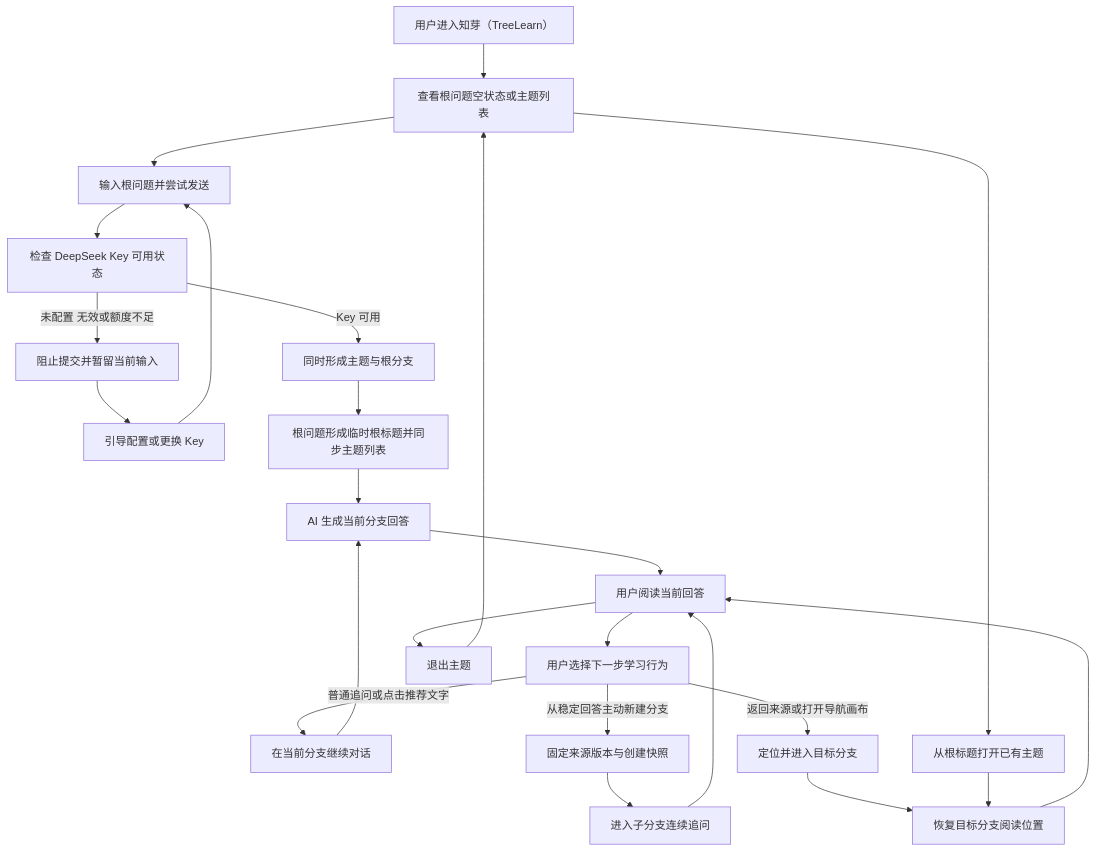
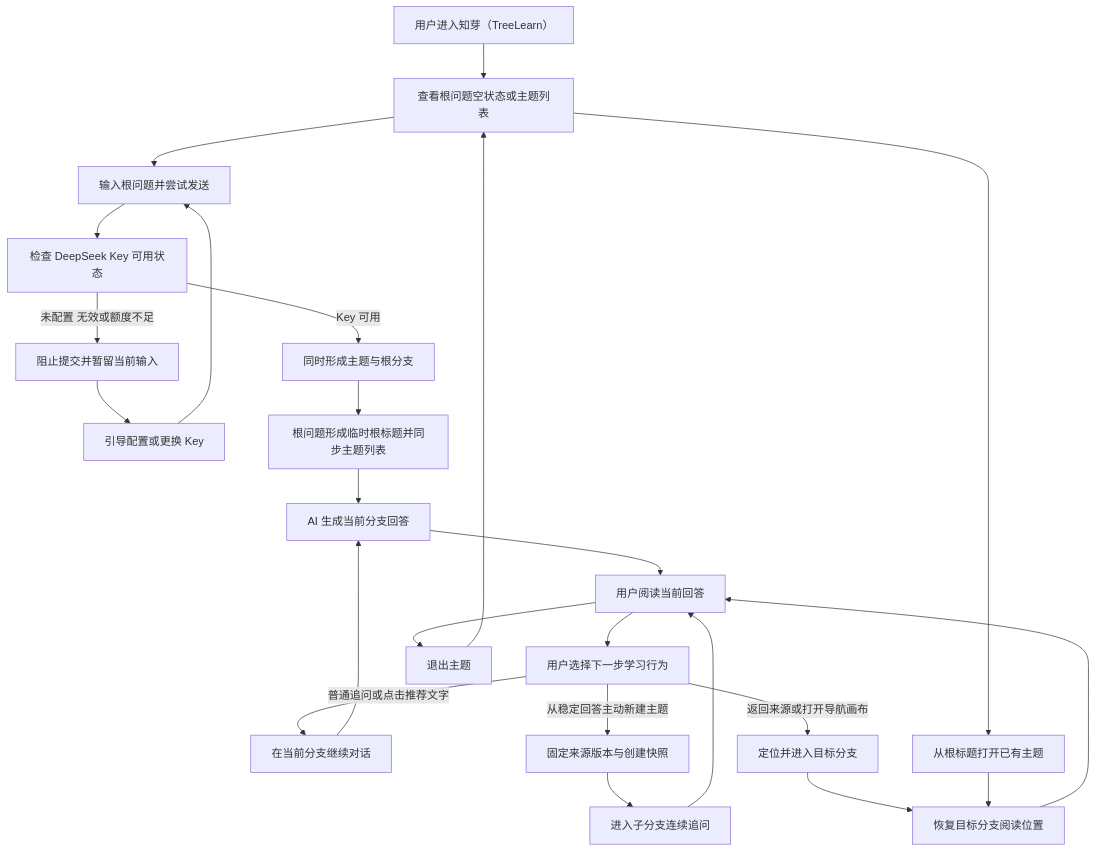
The first of 2 diagrams in Docs/03-prd-draft/V3.2-知芽（TreeLearn）产品需求文档（PRD）.md (menscn/TreeLearn), drawn with Mermaid before and after one commit. The commit also changed other lines of this file and 318 other files, not shown here.

````diff
--- a/Docs/03-prd-draft/V3.2-知芽（TreeLearn）产品需求文档（PRD）.md
+++ b/Docs/03-prd-draft/V3.2-知芽（TreeLearn）产品需求文档（PRD）.md
@@ -127,26 +127,26 @@
 ```mermaid
 flowchart TD
     A[用户进入知芽（TreeLearn）] --> B[查看根问题空状态或主题列表]
     B --> C[输入根问题并尝试发送]
     C --> D[检查 DeepSeek Key 可用状态]
     D -->|未配置 无效或额度不足| E[阻止提交并暂留当前输入]
     E --> F[引导配置或更换 Key]
     F --> C
     D -->|Key 可用| G[同时形成主题与根分支]
     G --> H[根问题形成临时根标题并同步主题列表]
     H --> I[AI 生成当前分支回答]
     I --> J[用户阅读当前回答]
     J --> K[用户选择下一步学习行为]
     K -->|普通追问或点击推荐文字| L[在当前分支继续对话]
     L --> I
-    K -->|从稳定回答主动新建分支| M[固定来源版本与创建快照]
+    K -->|从稳定回答主动新建主题| M[固定来源版本与创建快照]
     M --> N[进入子分支连续追问]
     N --> J
     K -->|返回来源或打开导航画布| O[定位并进入目标分支]
     O --> P[恢复目标分支阅读位置]
     P --> J
     J --> Q[退出主题]
     Q --> B
     B --> R[从根标题打开已有主题]
     R --> P
 ```
````
